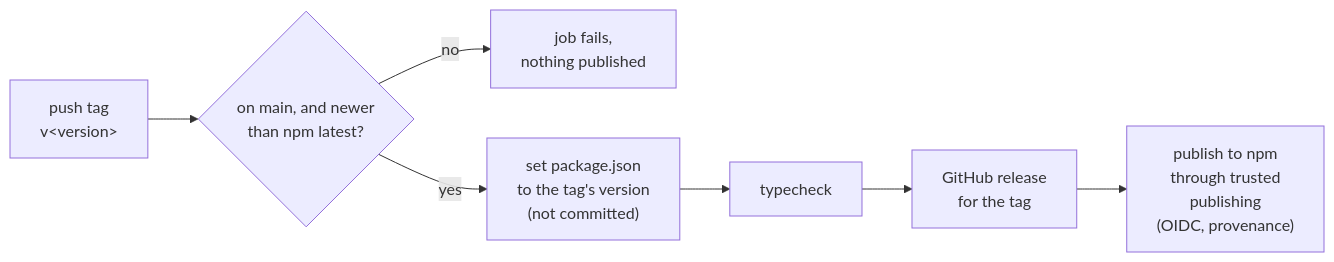
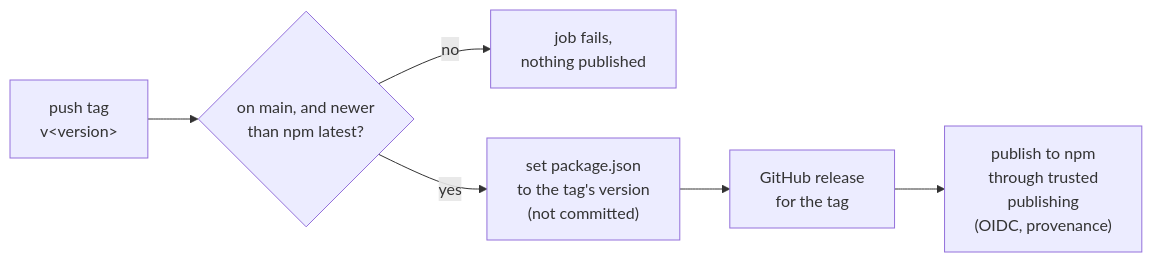
The first of 2 diagrams in docs/content/docs/distribution.mdx (anaclumos/tokenmaxxing), drawn with Mermaid before and after one commit. The commit also changed 1 other file, not shown here.

Commit message:
chore: drop the typecheck from the publish job
The pre-push hook and the merge gate already ran it on the main commit the
tag points at; the job stays publish-only.

````diff
--- a/docs/content/docs/distribution.mdx
+++ b/docs/content/docs/distribution.mdx
@@ -18,9 +18,8 @@
 ```mermaid
 flowchart LR
   tag["push tag<br/>v#lt;version#gt;"] --> check{"on main, and newer<br/>than npm latest?"}
   check -->|"no"| fail["job fails,<br/>nothing published"]
   check -->|"yes"| set["set package.json<br/>to the tag's version<br/>(not committed)"]
-  set --> typecheck["typecheck"]
-  typecheck --> release["GitHub release<br/>for the tag"]
+  set --> release["GitHub release<br/>for the tag"]
   release --> publish["publish to npm<br/>through trusted<br/>publishing<br/>(OIDC, provenance)"]
 ```
````
